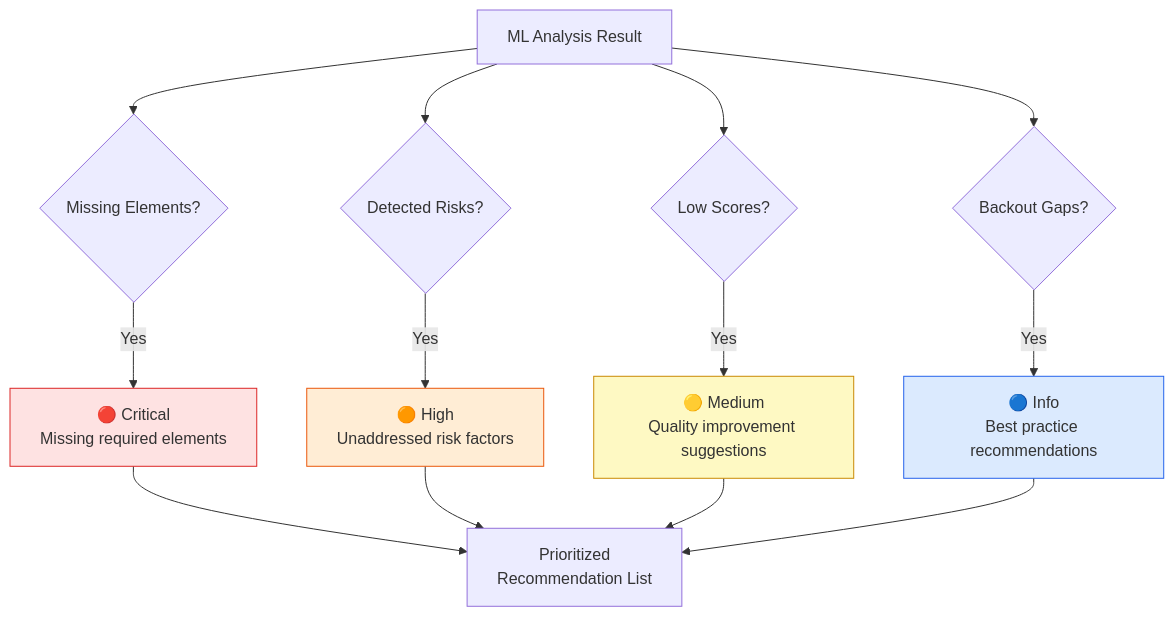
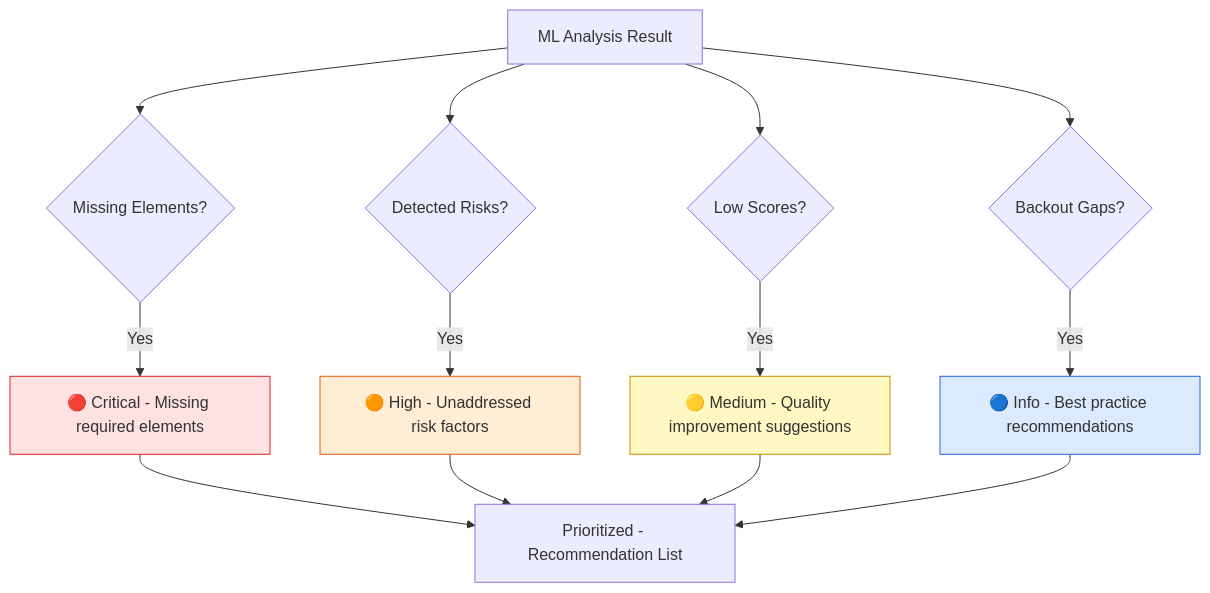
One commit to jj-shen99/changefabric changed the sixth of 9 diagrams in docs/IMPACT_ANALYSIS.md. Above: the diagram before and after it, drawn with Mermaid. The commit also changed other lines of this file and 10 other files, not shown here.

First line of the commit message:
Fix Mermaid syntax errors, update all docs to v1.3.0

````diff
--- a/docs/IMPACT_ANALYSIS.md
+++ b/docs/IMPACT_ANALYSIS.md
@@ -427,22 +427,22 @@
 ```mermaid
 graph TB
     ML[ML Analysis Result] --> R1{Missing Elements?}
     ML --> R2{Detected Risks?}
     ML --> R3{Low Scores?}
     ML --> R4{Backout Gaps?}
     
-    R1 -->|Yes| CRIT["🔴 Critical<br/>Missing required elements"]
-    R2 -->|Yes| HIGH["🟠 High<br/>Unaddressed risk factors"]
-    R3 -->|Yes| MED["🟡 Medium<br/>Quality improvement suggestions"]
-    R4 -->|Yes| INFO["🔵 Info<br/>Best practice recommendations"]
+    R1 -->|Yes| CRIT["🔴 Critical - Missing required elements"]
+    R2 -->|Yes| HIGH["🟠 High - Unaddressed risk factors"]
+    R3 -->|Yes| MED["🟡 Medium - Quality improvement suggestions"]
+    R4 -->|Yes| INFO["🔵 Info - Best practice recommendations"]
     
-    CRIT --> REC[Prioritized<br/>Recommendation List]
+    CRIT --> REC[Prioritized - Recommendation List]
     HIGH --> REC
     MED --> REC
     INFO --> REC
 
     style CRIT fill:#fee2e2,stroke:#dc2626
     style HIGH fill:#ffedd5,stroke:#ea580c
     style MED fill:#fef9c3,stroke:#ca8a04
     style INFO fill:#dbeafe,stroke:#2563eb
 ```
````
